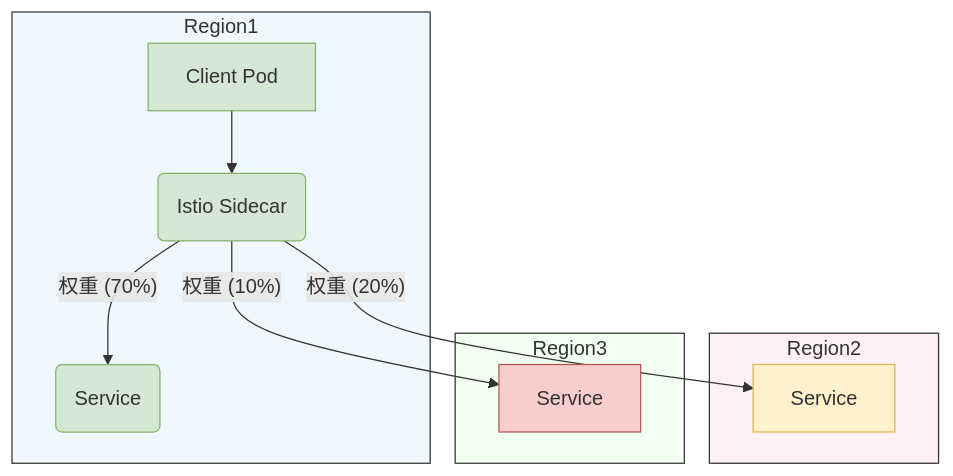
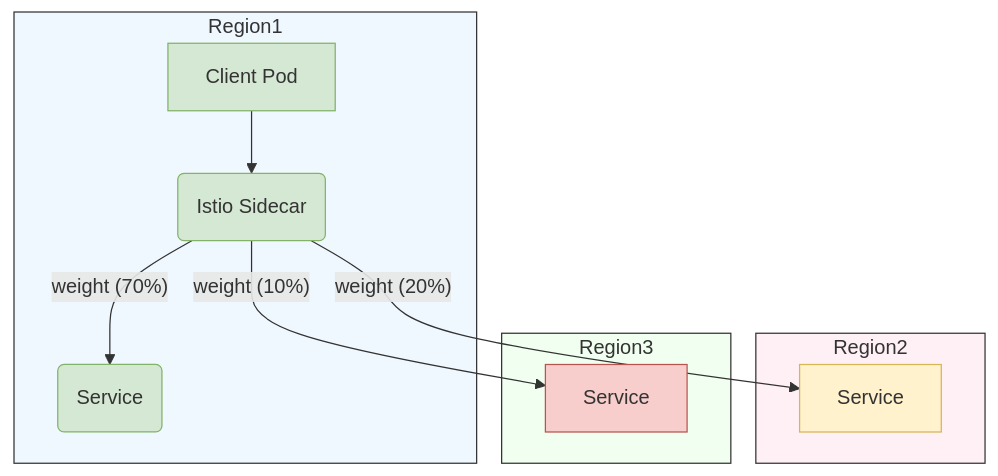
The second of 2 diagrams in docs/zh/solutions/Install_Multi-Primary_Service_Mesh_on_Different_Networks.md (alauda/knowledge), drawn with Mermaid before and after one commit. The commit also changed other lines of this file and 4 other files, not shown here.

````diff
--- a/docs/zh/solutions/Install_Multi-Primary_Service_Mesh_on_Different_Networks.md
+++ b/docs/zh/solutions/Install_Multi-Primary_Service_Mesh_on_Different_Networks.md
@@ -583,30 +586,30 @@
 ```mermaid
 graph TD
     subgraph Region1
         A[Client Pod] --> B(Istio Sidecar)
-        B -->|"权重 (70%)"| C(Service)
+        B -->|"weight (70%)"| C(Service)
     end
 
     subgraph Region2
         D[Service]
     end
 
     subgraph Region3
         E[Service]
     end
 
-    B -->|"权重 (20%)"| D
-    B -->|"权重 (10%)"| E
+    B -->|"weight (20%)"| D
+    B -->|"weight (10%)"| E
 
     classDef green fill:#D5E8D4,stroke:#82B366;
     classDef yellow fill:#FFF2CC,stroke:#D6B656;
     classDef red fill:#F8CECC,stroke:#B85450;
 
     class A,B,C green
     class D yellow
     class E red
 
     style Region1 fill:#f0f8ff,stroke:#333
     style Region2 fill:#fff0f5,stroke:#333
     style Region3 fill:#f0fff0,stroke:#333
 ```
````
